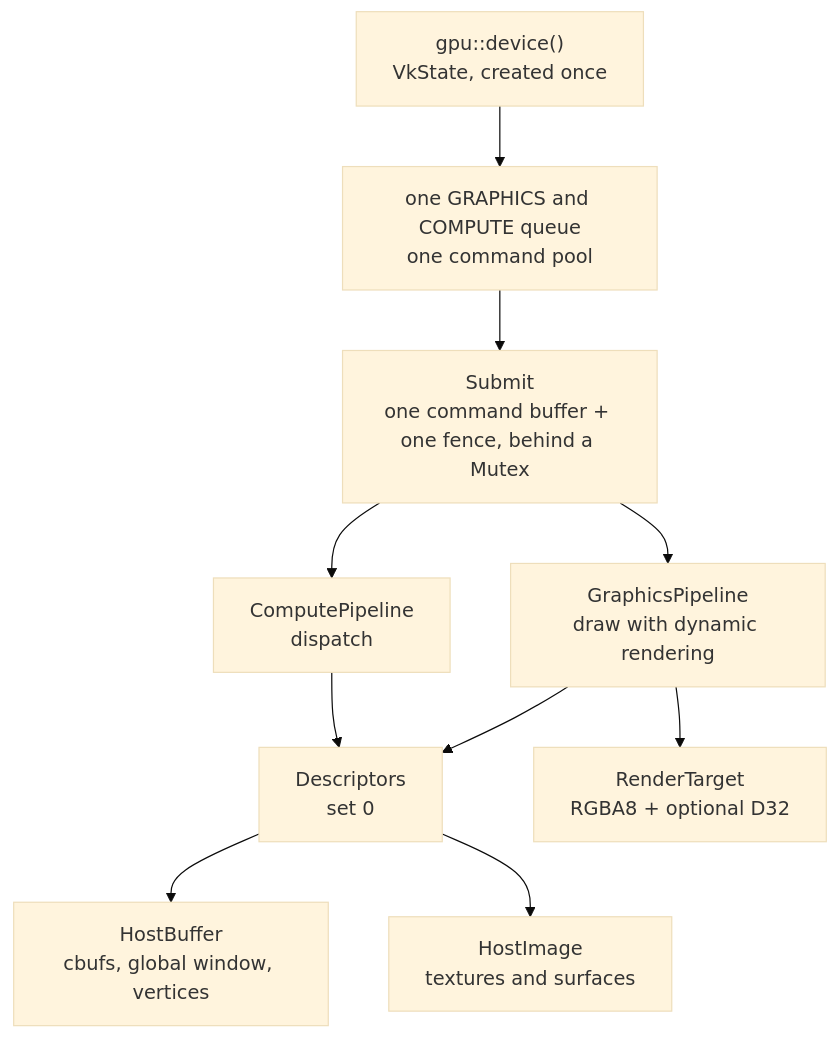
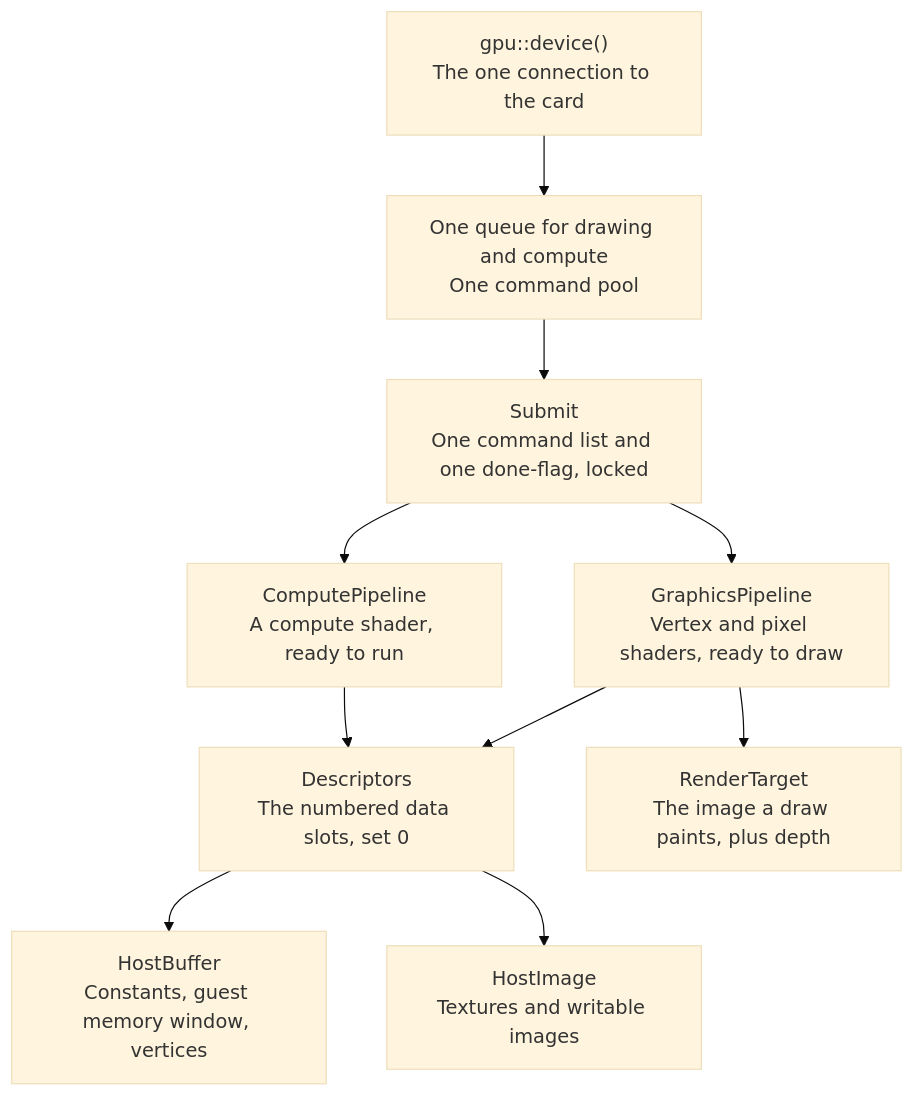
One commit to 0xNikilite/oboromi changed the diagram in docs/architecture/vulkan-backend.md. Above: the diagram before and after it, drawn with Mermaid (base theme). The commit also changed other lines of this file and 22 other files, not shown here.

````diff
--- a/docs/architecture/vulkan-backend.md
+++ b/docs/architecture/vulkan-backend.md
@@ -5,12 +5,12 @@
 ```mermaid
 flowchart TB
-    DEV["gpu::device()<br/>VkState, created once"] --> Q["one GRAPHICS and COMPUTE queue<br/>one command pool"]
-    Q --> SUB["Submit<br/>one command buffer + one fence, behind a Mutex"]
-    SUB --> CP["ComputePipeline<br/>dispatch"]
-    SUB --> GP["GraphicsPipeline<br/>draw with dynamic rendering"]
-    CP --> D0["Descriptors<br/>set 0"]
+    DEV["gpu::device()<br/>The one connection to the card"] --> Q["One queue for drawing and compute<br/>One command pool"]
+    Q --> SUB["Submit<br/>One command list and one done-flag, locked"]
+    SUB --> CP["ComputePipeline<br/>A compute shader, ready to run"]
+    SUB --> GP["GraphicsPipeline<br/>Vertex and pixel shaders, ready to draw"]
+    CP --> D0["Descriptors<br/>The numbered data slots, set 0"]
     GP --> D0
-    D0 --> HB["HostBuffer<br/>cbufs, global window, vertices"]
-    D0 --> HI["HostImage<br/>textures and surfaces"]
-    GP --> RT["RenderTarget<br/>RGBA8 + optional D32"]
+    D0 --> HB["HostBuffer<br/>Constants, guest memory window, vertices"]
+    D0 --> HI["HostImage<br/>Textures and writable images"]
+    GP --> RT["RenderTarget<br/>The image a draw paints, plus depth"]
 ```
````
